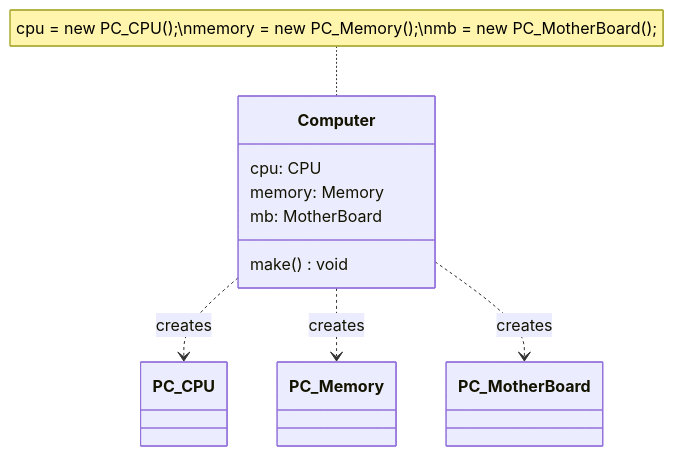
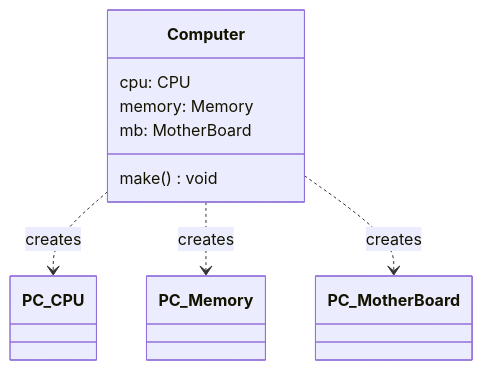
The first of 4 diagrams in Part4_PatternCreation/ch12_af.md (nlhsueh/teach_sw_fw), drawn with Mermaid before and after one commit. The commit also changed other lines of this file and 2 other files, not shown here.

````diff
--- a/Part4_PatternCreation/ch12_af.md
+++ b/Part4_PatternCreation/ch12_af.md
@@ -22,13 +22,12 @@
 ```mermaid
 classDiagram
     class Computer {
         cpu: CPU
         memory: Memory
         mb: MotherBoard
         make() void
     }
-    note for Computer "cpu = new PC_CPU();\nmemory = new PC_Memory();\nmb = new PC_MotherBoard();"
     Computer ..> PC_CPU : creates
     Computer ..> PC_Memory : creates
     Computer ..> PC_MotherBoard : creates
 ```
````
